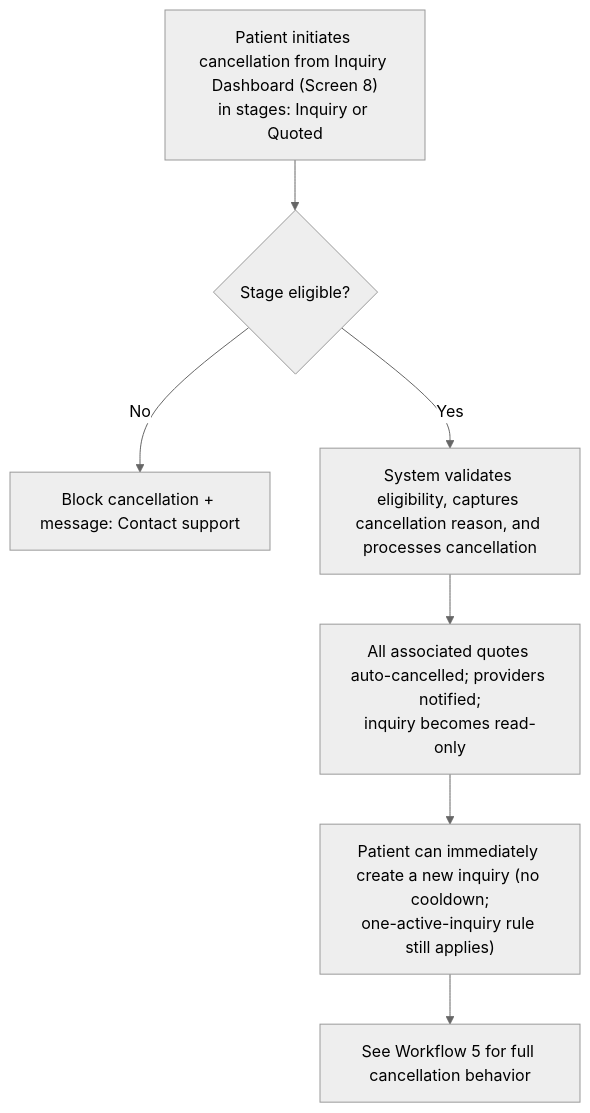
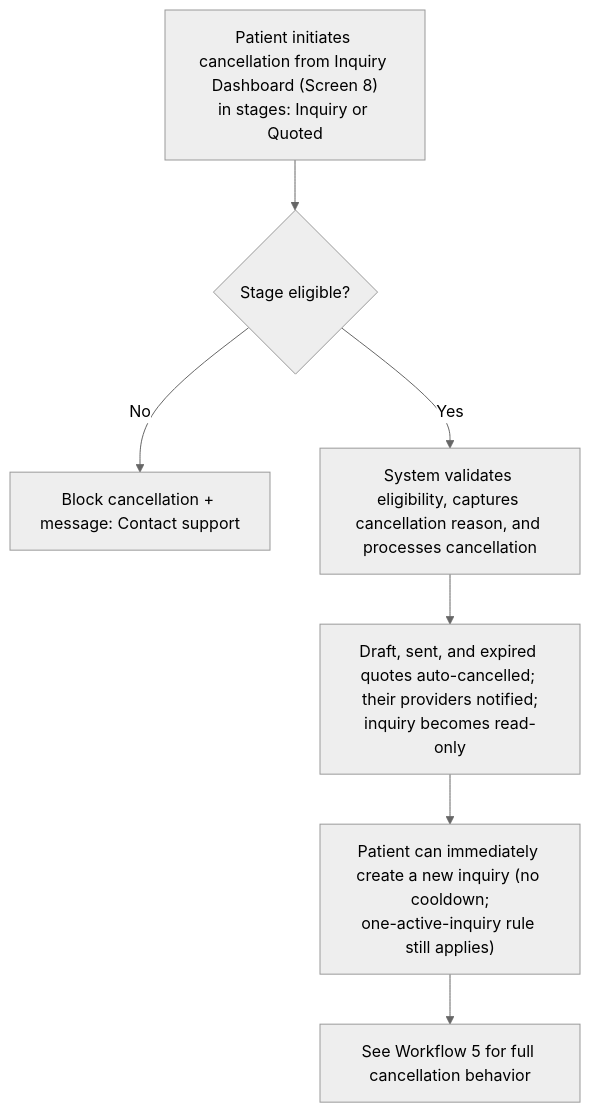
One commit to joachimtrungtuan/hairline-pm-docs changed the fifth of 15 diagrams in project-requirements/functional-requirements/fr003-inquiry-submission/prd.md. Above: the diagram before and after it, drawn with Mermaid (neutral theme). The commit also changed other lines of this file and 2 other files, not shown here.

First line of the commit message:
docs(prd): limit inquiry cancel cascade and add provider eligibility messages

````diff
--- a/project-requirements/functional-requirements/fr003-inquiry-submission/prd.md
+++ b/project-requirements/functional-requirements/fr003-inquiry-submission/prd.md
@@ -172,9 +173,9 @@
 ```mermaid
 flowchart TD
     Start["Patient initiates cancellation from Inquiry Dashboard (Screen 8)<br/>in stages: Inquiry or Quoted"] --> Eligible{"Stage eligible?"}
     Eligible -->|No| Block["Block cancellation + message: Contact support"]
     Eligible -->|Yes| Process["System validates eligibility, captures cancellation reason, and processes cancellation"]
-    Process --> Cascade["All associated quotes auto-cancelled; providers notified;<br/>inquiry becomes read-only"]
+    Process --> Cascade["Draft, sent, and expired quotes auto-cancelled; their providers notified;<br/>inquiry becomes read-only"]
     Cascade --> New["Patient can immediately create a new inquiry (no cooldown;<br/>one-active-inquiry rule still applies)"]
     New --> Ref["See Workflow 5 for full cancellation behavior"]
 ```
````
